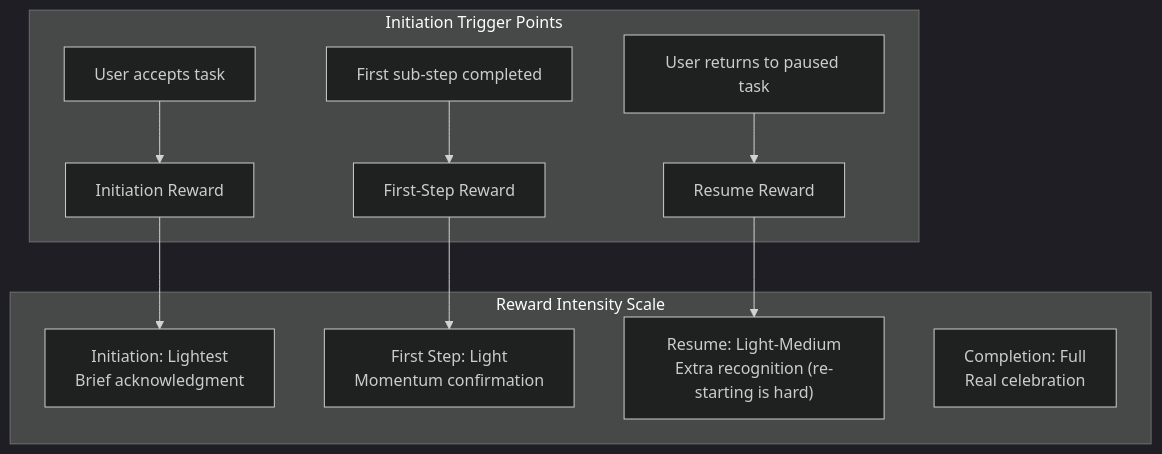
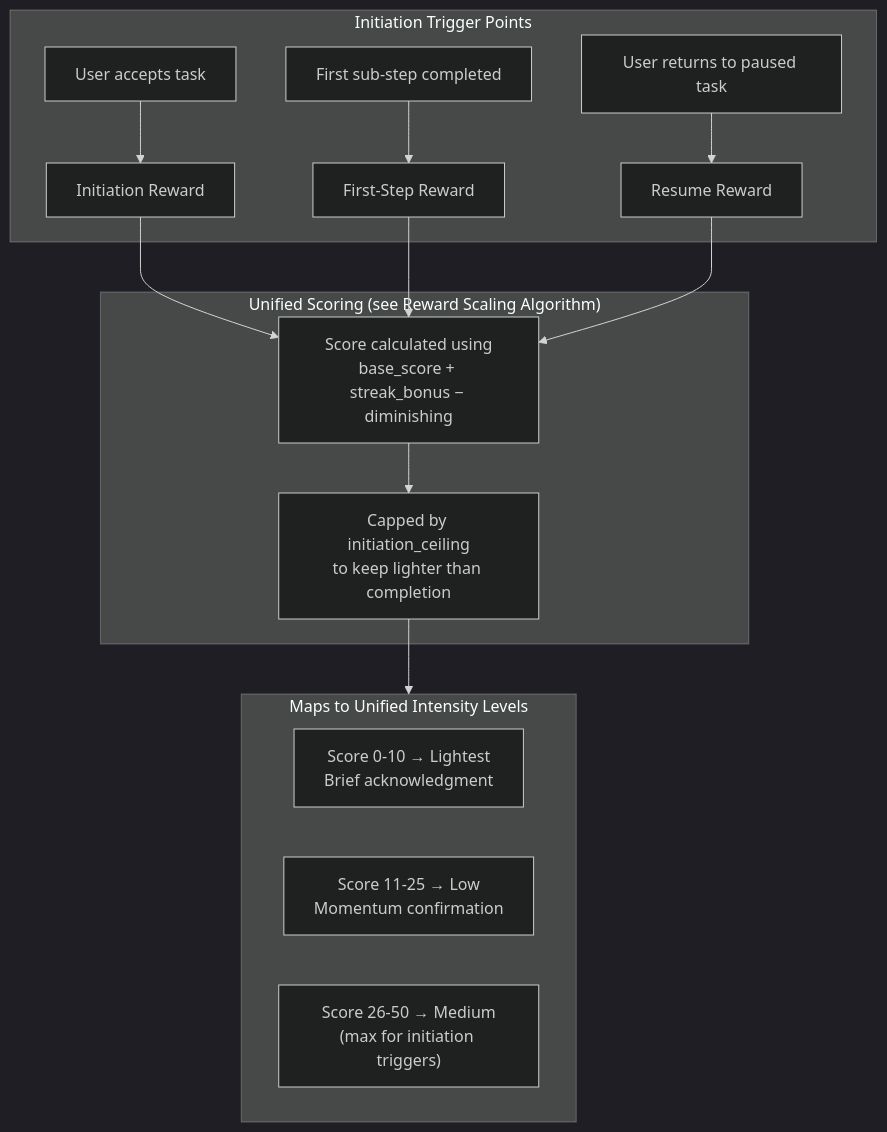
The fourth of 19 diagrams in docs/reward-system.md (NickBorgersProbably/hide-my-list), drawn with Mermaid (dark theme) before and after one commit. The commit also changed other lines of this file, not shown here.

First line of the commit message:
Unify initiation and completion reward scoring into single algorithm

````diff
--- a/docs/reward-system.md
+++ b/docs/reward-system.md
@@ -143,19 +143,25 @@
 ```mermaid
 flowchart TD
     subgraph Triggers["Initiation Trigger Points"]
         Accept[User accepts task] --> StartReward[Initiation Reward]
         FirstStep[First sub-step completed] --> ProgressReward[First-Step Reward]
         Return[User returns to paused task] --> ResumeReward[Resume Reward]
     end
 
-    subgraph Intensity["Reward Intensity Scale"]
-        Init["Initiation: Lightest<br/>Brief acknowledgment"]
-        First["First Step: Light<br/>Momentum confirmation"]
-        Res["Resume: Light-Medium<br/>Extra recognition (re-starting is hard)"]
-        Comp["Completion: Full<br/>Real celebration"]
+    subgraph Scoring["Unified Scoring (see Reward Scaling Algorithm)"]
+        Calc["Score calculated using<br/>base_score + streak_bonus − diminishing"]
+        Cap["Capped by initiation_ceiling<br/>to keep lighter than completion"]
     end
 
-    StartReward --> Init
-    ProgressReward --> First
-    ResumeReward --> Res
+    subgraph Intensity["Maps to Unified Intensity Levels"]
+        Lightest["Score 0-10 → Lightest<br/>Brief acknowledgment"]
+        Low["Score 11-25 → Low<br/>Momentum confirmation"]
+        Medium["Score 26-50 → Medium<br/>(max for initiation triggers)"]
+    end
+
+    StartReward --> Calc
+    ProgressReward --> Calc
+    ResumeReward --> Calc
+    Calc --> Cap
+    Cap --> Intensity
 ```
````
